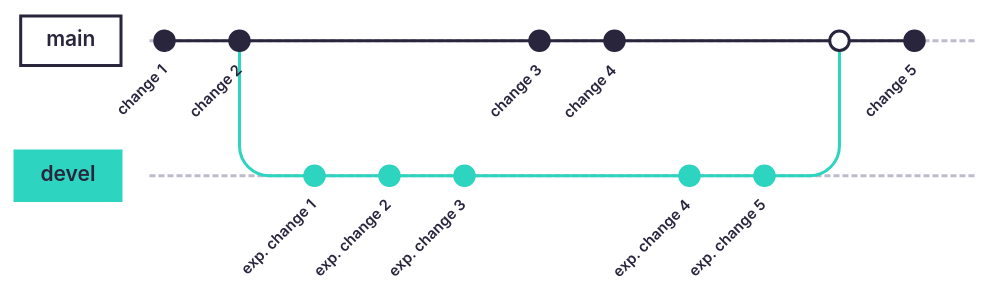
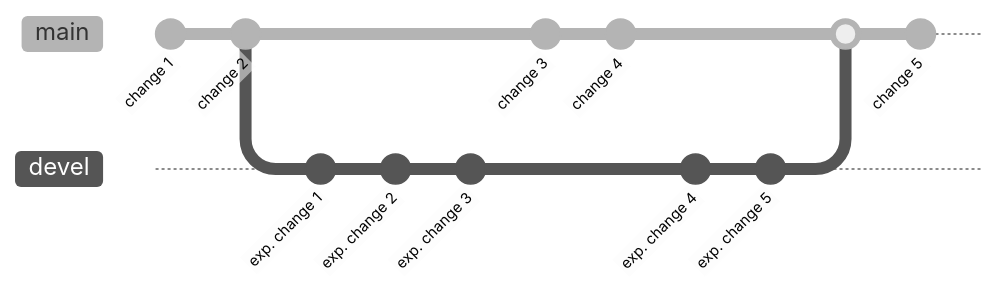
Before and after one commit to abilandz/NAT3054: the ninth of 24 diagrams in src/git.md, drawn with Mermaid. The commit also changed other lines of this file, not shown here.

Commit message:
for gitGraphs, changed theme from redux-color to neutral, the former doesnt render well in a dark mode

````diff
--- a/src/git.md
+++ b/src/git.md
@@ -387,21 +387,21 @@
 ```mermaid
 %%{init: {
-  'theme': 'redux-color'
+  'theme': 'neutral'
 }}%%
 gitGraph
    commit id: "change 1"
    commit id: "change 2"
    branch devel
    commit id: "exp. change 1"
    commit id: "exp. change 2"
    commit id: "exp. change 3"
    checkout main
    commit id: "change 3"
    commit id: "change 4"
    checkout devel
    commit id: "exp. change 4"
    commit id: "exp. change 5"
    checkout main
    merge devel
    commit id: "change 5"
 ```
````
